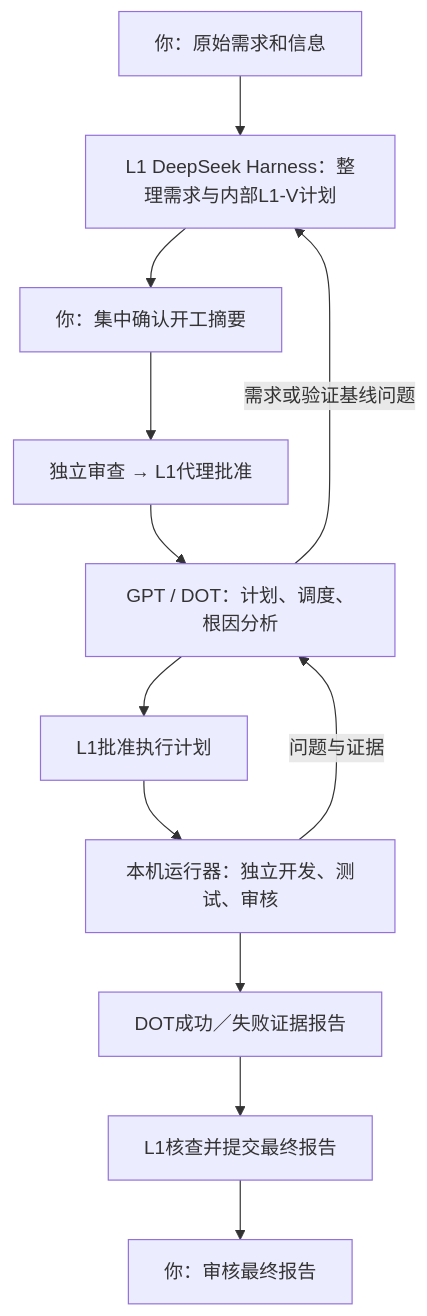
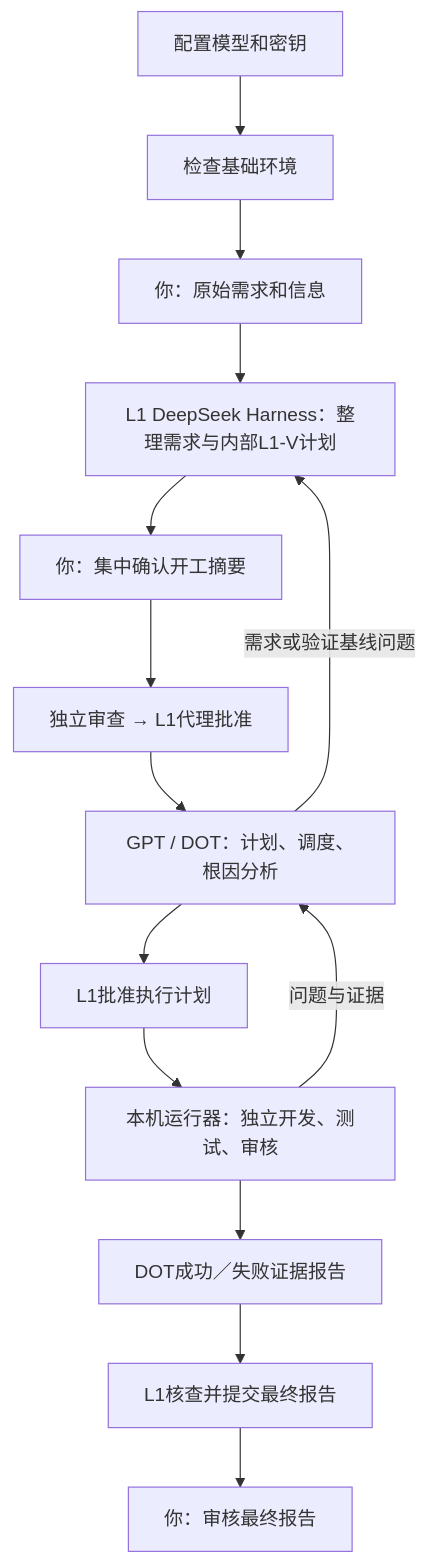
One commit to Merrychen-CMY/AI-Programming-Workflow changed the diagram in README.md. Above: the diagram before and after it, drawn with Mermaid. The commit also changed other lines of this file and 32 other files, not shown here.

````diff
--- a/README.md
+++ b/README.md
@@ -5,14 +7,15 @@
 ```mermaid
 flowchart TD
- U[你：原始需求和信息] --> L[L1 DeepSeek Harness：整理需求与内部L1-V计划]
+ A[配置模型和密钥] --> B[检查基础环境]
+ B --> U[你：原始需求和信息] --> L[L1 DeepSeek Harness：整理需求与内部L1-V计划]
  L --> C[你：集中确认开工摘要]
  C --> R[独立审查 → L1代理批准]
  R --> D[GPT / DOT：计划、调度、根因分析]
  D --> P[L1批准执行计划]
  P --> E[本机运行器：独立开发、测试、审核]
  E -->|问题与证据| D
  D -->|需求或验证基线问题| L
  E --> F[DOT成功／失败证据报告]
  F --> S[L1核查并提交最终报告]
  S --> H[你：审核最终报告]
 ```
````
